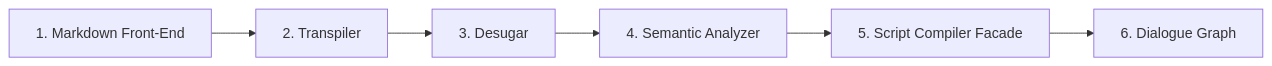
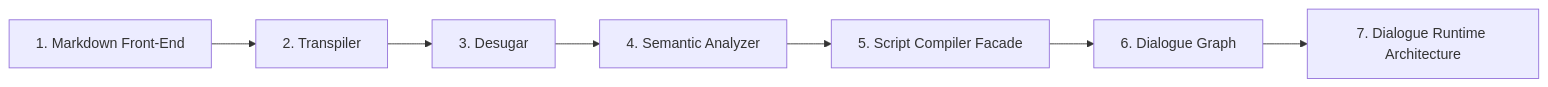
The first of 3 diagrams in docs/contributing/design-notes/README.md (pengzhengyi/dialoguedown), drawn with Mermaid before and after one commit. The commit also changed other lines of this file and 2 other files, not shown here.

Commit message:
docs(runtime): add dialogue runtime architecture note (#295)
Fix the cross-cutting design for everything after the dialogue graph: the
portable playbook a compile emits, the runner that plays it, the protocol
between a runner and its driver, and the conformance corpus that keeps a
port honest.

The note settles the decisions that would otherwise be re-litigated in every
component — a declarative JSON artifact, capability-based compatibility, a
functional core with an imperative shell, command-query separation at the
world boundary, and the porting ladder — then hands details to the component
notes it introduces.

````diff
--- a/docs/contributing/design-notes/README.md
+++ b/docs/contributing/design-notes/README.md
@@ -41,6 +41,7 @@
 ```mermaid
 flowchart LR
     FE["1. Markdown Front-End"] --> TR["2. Transpiler"]
     TR --> DS["3. Desugar"] --> SA["4. Semantic Analyzer"]
     SA --> SF["5. Script Compiler Facade"] --> GR["6. Dialogue Graph"]
+    GR --> RT["7. Dialogue Runtime Architecture"]
 ```
````
